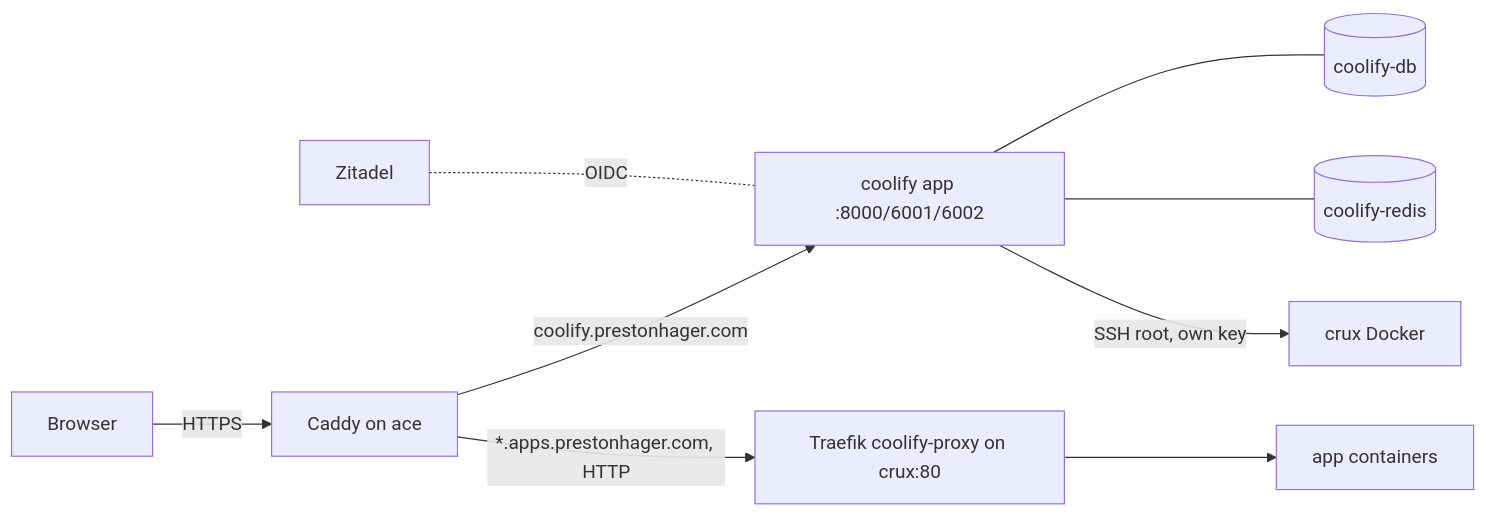
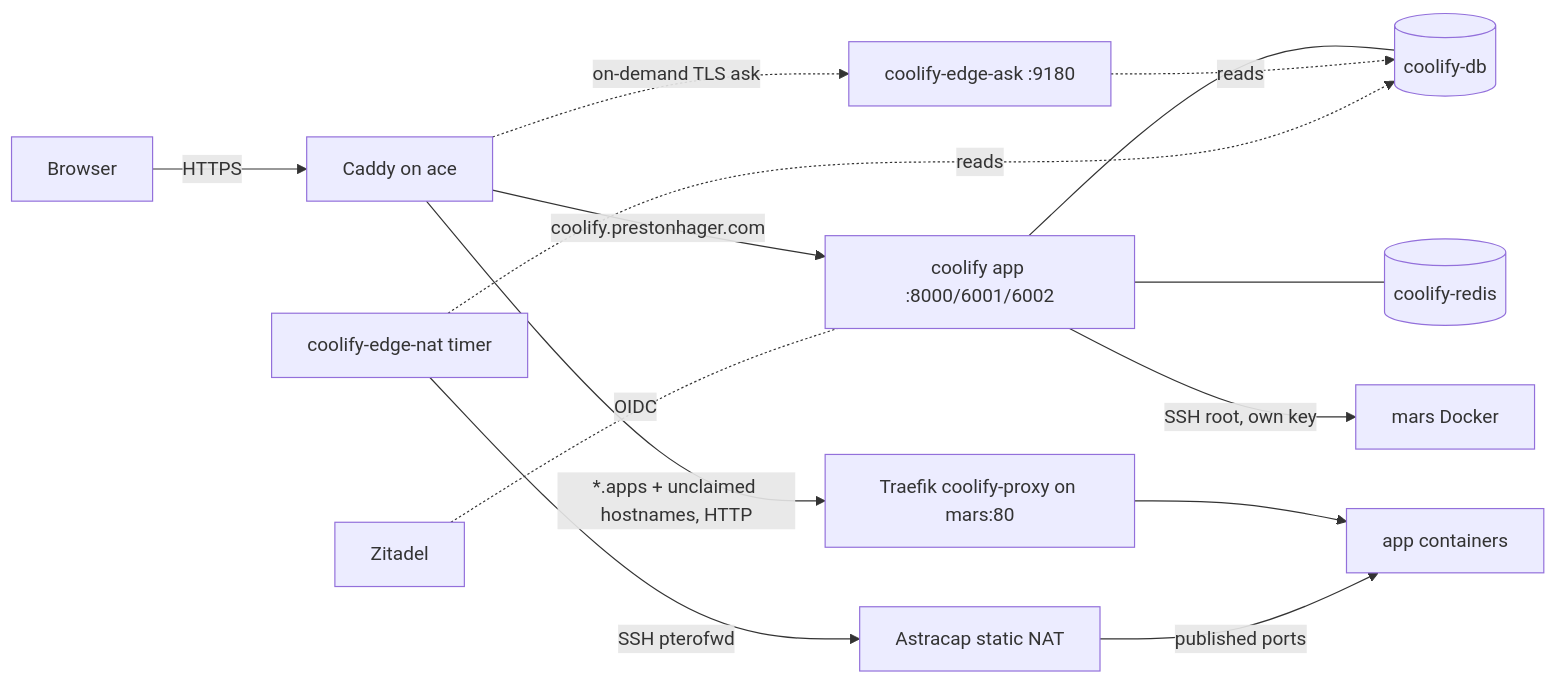
Before and after one commit to PrestonHager/nixos-configs: the diagram in docs/coolify-ace.md, drawn with Mermaid. The commit also changed other lines of this file and 7 other files, not shown here.

Commit message:
docs: Coolify on mars only, edge routing, SMTP, pterofwd privilege

````diff
--- a/docs/coolify-ace.md
+++ b/docs/coolify-ace.md
@@ -16,11 +16,16 @@
 ```mermaid
 flowchart LR
   U[Browser] -->|HTTPS| C[Caddy on ace]
   C -->|coolify.prestonhager.com| D[coolify app :8000/6001/6002]
   D --- P[(coolify-db)]
   D --- R[(coolify-redis)]
-  D -->|SSH root, own key| X[crux Docker]
-  C -->|*.apps.prestonhager.com, HTTP| T[Traefik coolify-proxy on crux:80]
+  D -->|SSH root, own key| X[mars Docker]
+  C -->|*.apps + unclaimed hostnames, HTTP| T[Traefik coolify-proxy on mars:80]
   T --> A[app containers]
+  C -. on-demand TLS ask .-> E[coolify-edge-ask :9180]
+  E -. reads .-> P
+  N[coolify-edge-nat timer] -. reads .-> P
+  N -->|SSH pterofwd| RT[Astracap static NAT]
+  RT -->|published ports| A
   Z[Zitadel] -. OIDC .- D
 ```
````
